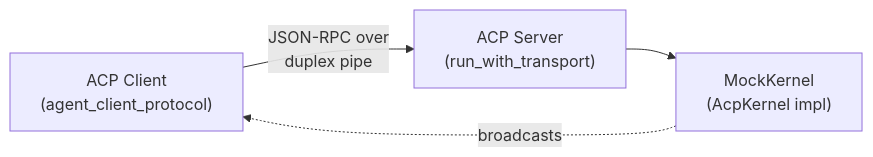
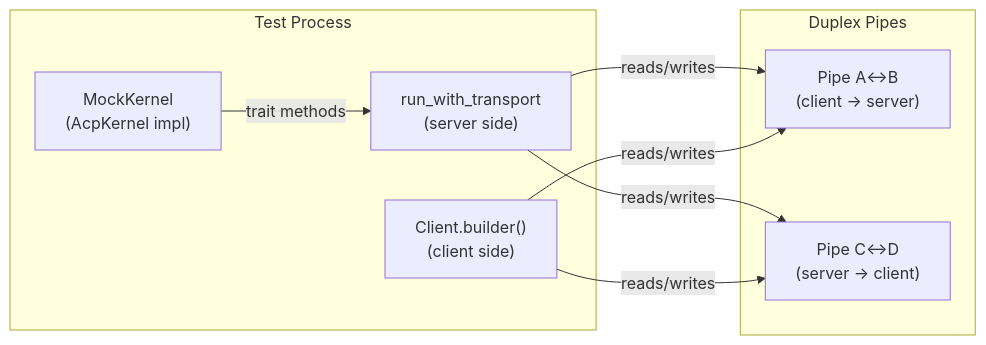
The diagram in other-librefang-acp-tests.md (leszek3737/librefang-WIki), drawn with Mermaid before and after one commit. The commit also changed other lines of this file and 119 other files, not shown here.

````diff
--- a/other-librefang-acp-tests.md
+++ b/other-librefang-acp-tests.md
@@ -9,6 +11,17 @@
 ```mermaid
 graph LR
-    Client["ACP Client<br/>(agent_client_protocol)"] -- "JSON-RPC over<br/>duplex pipe" --> Server["ACP Server<br/>(run_with_transport)"]
-    Server --> Kernel["MockKernel<br/>(AcpKernel impl)"]
-    Kernel -.->|broadcasts| Client
+    subgraph "Test Process"
+        MK["MockKernel<br/>(AcpKernel impl)"]
+        SR["run_with_transport<br/>(server side)"]
+        CL["Client.builder()<br/>(client side)"]
+    end
+    subgraph "Duplex Pipes"
+        AB["Pipe A↔B<br/>(client → server)"]
+        CD["Pipe C↔D<br/>(server → client)"]
+    end
+    MK -- "trait methods" --> SR
+    SR -- "reads/writes" --> AB
+    SR -- "reads/writes" --> CD
+    CL -- "reads/writes" --> AB
+    CL -- "reads/writes" --> CD
 ```
````
